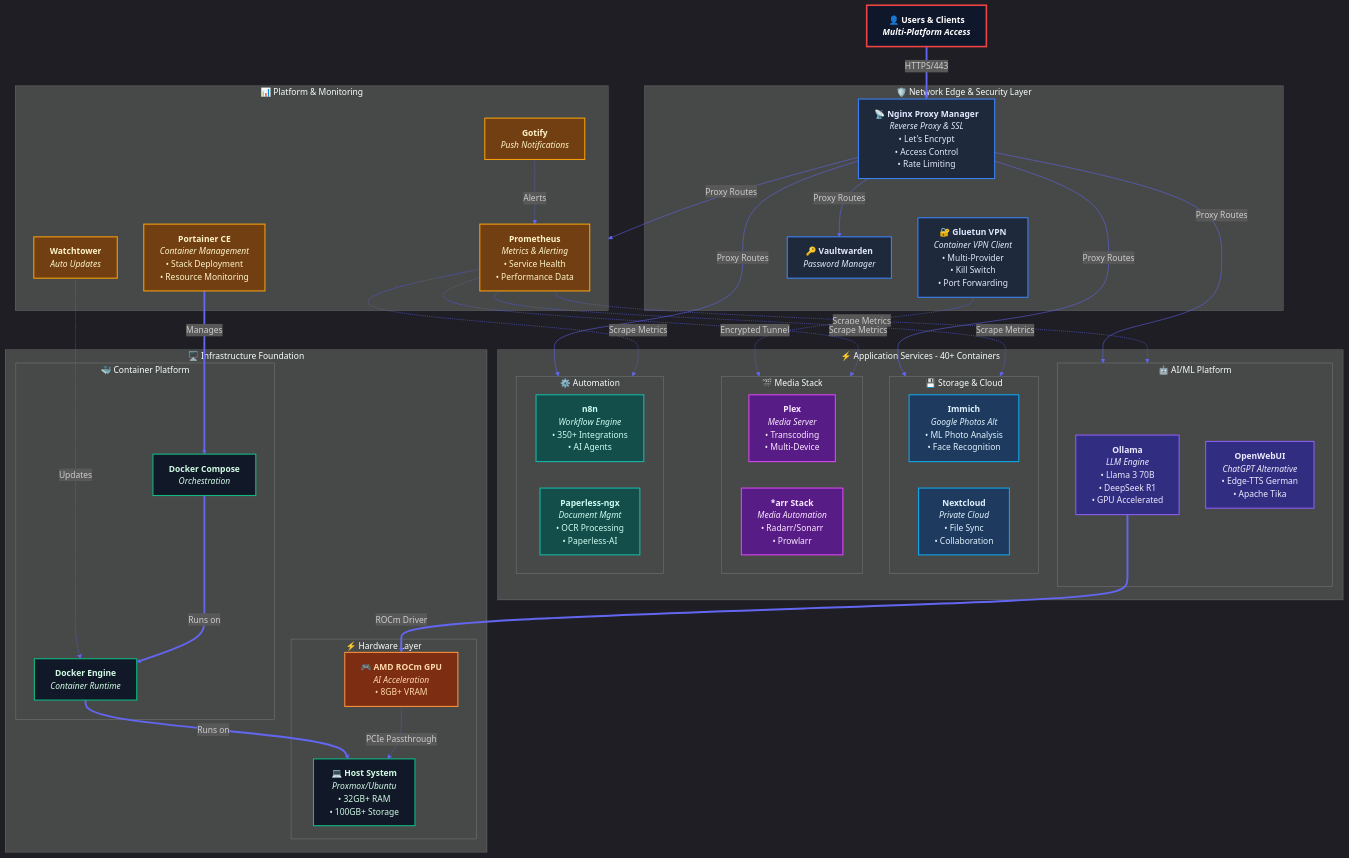
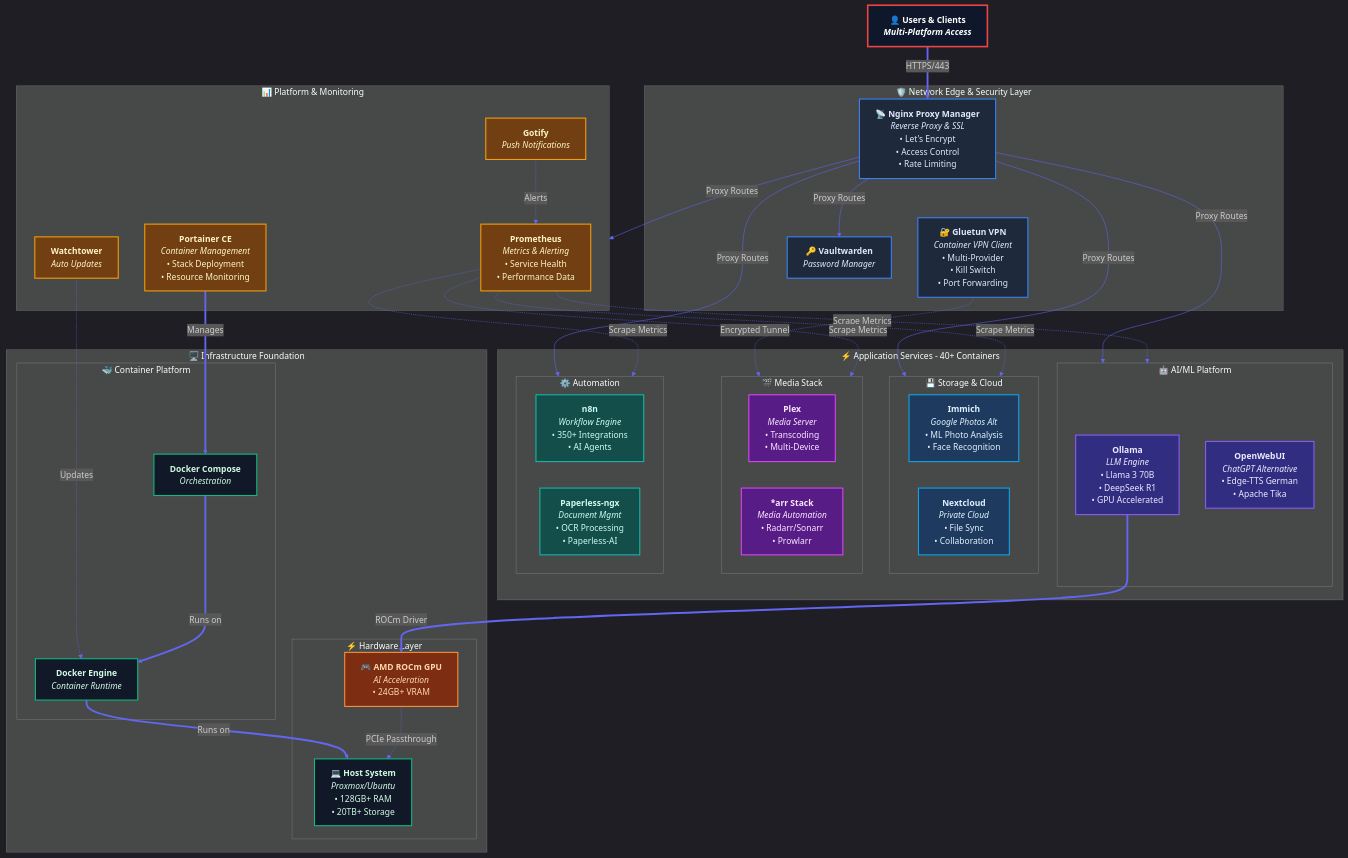
One commit to psimaker/homelab changed the first of 2 diagrams in README.md. Above: the diagram before and after it, drawn with Mermaid.

```diff
--- a/README.md
+++ b/README.md
@@ -58,8 +58,8 @@
             ENGINE["<b>Docker Engine</b><br/><i>Container Runtime</i>"]
         end
         subgraph HARDWARE["⚡ Hardware Layer"]
-            GPU["🎮 <b>AMD ROCm GPU</b><br/><i>AI Acceleration</i><br/>• 8GB+ VRAM"]
-            HOST["💻 <b>Host System</b><br/><i>Proxmox/Ubuntu</i><br/>• 32GB+ RAM<br/>• 100GB+ Storage"]
+            GPU["🎮 <b>AMD ROCm GPU</b><br/><i>AI Acceleration</i><br/>• 24GB+ VRAM"]
+            HOST["💻 <b>Host System</b><br/><i>Proxmox/Ubuntu</i><br/>• 128GB+ RAM<br/>• 20TB+ Storage"]
         end
     end
 
```
